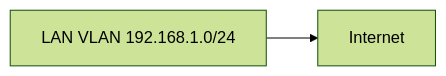
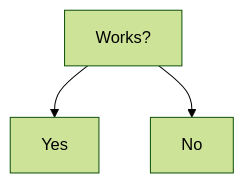
Before and after one commit to ashr1234/home-lab-projects: the diagram in README.md, drawn with Mermaid (forest theme).

````diff
--- a/README.md
+++ b/README.md
@@ -88,5 +88,6 @@
 ```mermaid
-flowchart LR
-    A[LAN VLAN 192.168.1.0/24] --> B[Internet]
+flowchart TD
+    X[Works?] --> Y[Yes]
+    X --> Z[No]
 
 ```
````
